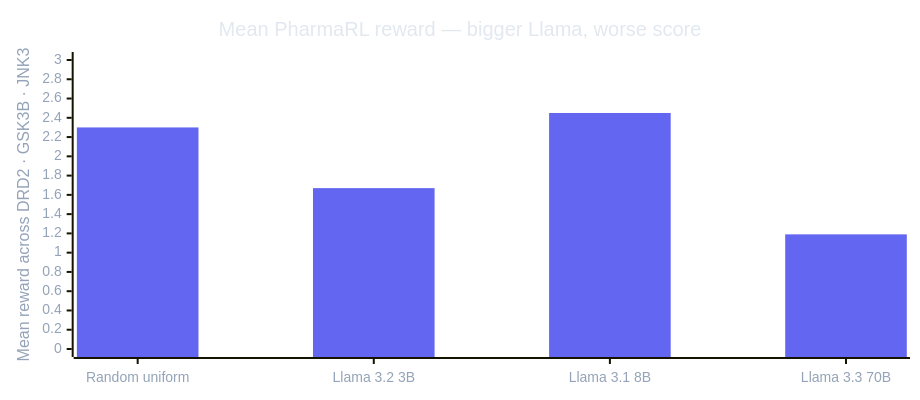
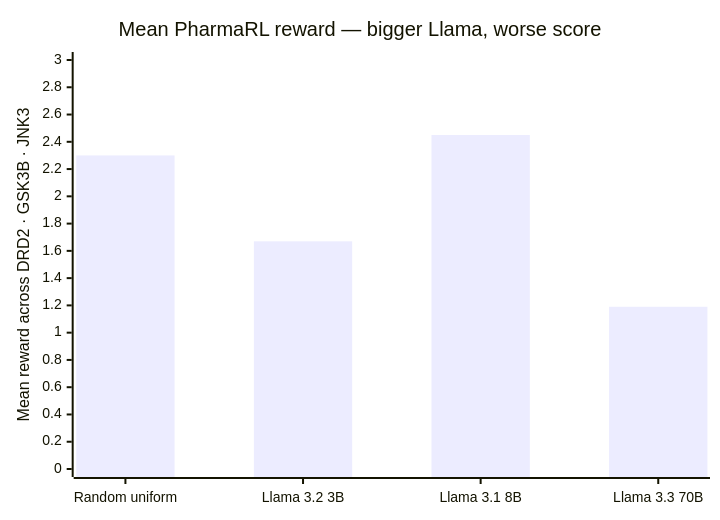
The second of 2 diagrams in README.md (AnshumanAtrey/pharmarl), drawn with Mermaid before and after one commit. The commit also changed other lines of this file, not shown here.

````diff
--- a/README.md
+++ b/README.md
@@ -19,21 +55,7 @@
 ```mermaid
----
-config:
-    xyChart:
-        width: 900
-        height: 380
-    themeVariables:
-        xyChart:
-            backgroundColor: "transparent"
-            titleColor: "#e2e8f0"
-            xAxisLabelColor: "#94a3b8"
-            yAxisLabelColor: "#94a3b8"
-            yAxisTitleColor: "#94a3b8"
-            plotColorPalette: "#6366f1"
----
 xychart-beta
     title "Mean PharmaRL reward — bigger Llama, worse score"
     x-axis ["Random uniform", "Llama 3.2 3B", "Llama 3.1 8B", "Llama 3.3 70B"]
     y-axis "Mean reward across DRD2 · GSK3B · JNK3" 0 --> 3
     bar [2.30, 1.67, 2.45, 1.19]
 ```
````
